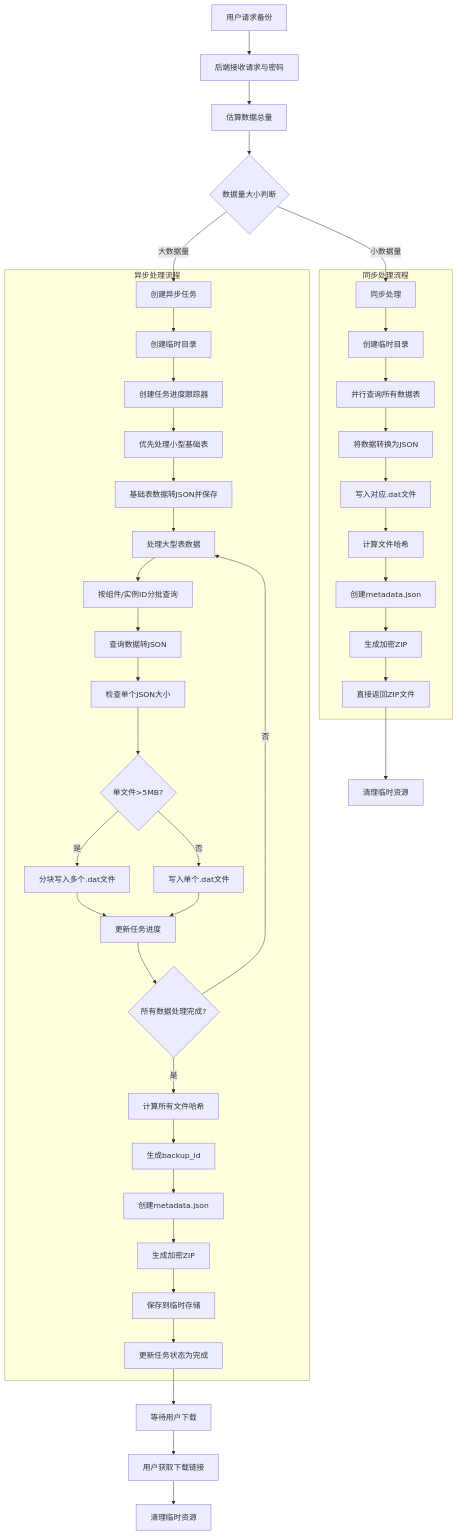
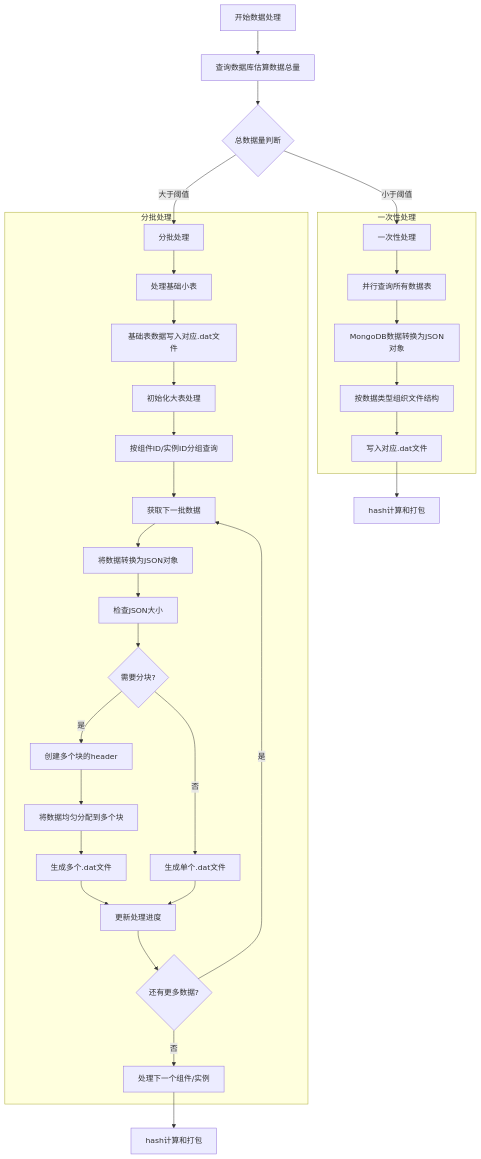
Before and after one commit to yingjianzh/iodraw-files: the diagram in all/未命名-61.md, drawn with Mermaid.

Commit message:
2025-05-15 17:17:40 update

````diff
--- a/all/未命名-61.md
+++ b/all/未命名-61.md
@@ -1,55 +1,43 @@
 ```mermaid
 flowchart TD
-    A[用户请求备份] --> B[后端接收请求与密码]
-    B --> C[估算数据总量]
-    C --> D{数据量大小判断}
+    A[开始数据处理] --> B[查询数据库估算数据总量]
+    B --> C{总数据量判断}
     
-    D -->|小数据量| E[同步处理]
-    D -->|大数据量| F[创建异步任务]
+    C -->|小于阈值| D[一次性处理]
+    C -->|大于阈值| E[分批处理]
     
-    subgraph 同步处理流程
-        E --> G1[创建临时目录]
-        G1 --> H1[并行查询所有数据表]
-        H1 --> I1[将数据转换为JSON]
-        I1 --> J1[写入对应.dat文件]
-        J1 --> K1[计算文件哈希]
-        K1 --> L1[创建metadata.json]
-        L1 --> M1[生成加密ZIP]
-        M1 --> N1[直接返回ZIP文件]
+    subgraph 一次性处理
+        D --> F1[并行查询所有数据表]
+        F1 --> G1[MongoDB数据转换为JSON对象]
+        G1 --> H1[按数据类型组织文件结构]
+        H1 --> I1[写入对应.dat文件]
     end
     
-    subgraph 异步处理流程
-        F --> G2[创建临时目录]
-        G2 --> H2[创建任务进度跟踪器]
-        H2 --> I2[优先处理小型基础表]
+    subgraph 分批处理
+        E --> F2[处理基础小表]
+        F2 --> G2[基础表数据写入对应.dat文件]
         
-        I2 --> J2[基础表数据转JSON并保存]
+        G2 --> H2[初始化大表处理]
+        H2 --> I2[按组件ID/实例ID分组查询]
+        I2 --> J2[获取下一批数据]
+        J2 --> K2[将数据转换为JSON对象]
+        K2 --> L2[检查JSON大小]
         
-        J2 --> K2[处理大型表数据]
-        K2 --> L2[按组件/实例ID分批查询]
-        L2 --> M2[查询数据转JSON]
-        M2 --> N2[检查单个JSON大小]
+        L2 --> M2{需要分块?}
+        M2 -->|是| N2[创建多个块的header]
+        N2 --> O2[将数据均匀分配到多个块]
+        O2 --> P2[生成多个.dat文件]
         
-        N2 --> O2{单文件>5MB?}
-        O2 -->|是| P2[分块写入多个.dat文件]
-        O2 -->|否| Q2[写入单个.dat文件]
+        M2 -->|否| Q2[生成单个.dat文件]
         
-        P2 --> R2[更新任务进度]
+        P2 --> R2[更新处理进度]
         Q2 --> R2
         
-        R2 --> S2{所有数据处理完成?}
-        S2 -->|否| K2
-        S2 -->|是| T2[计算所有文件哈希]
-        
-        T2 --> U2[生成backup_id]
-        U2 --> V2[创建metadata.json]
-        V2 --> W2[生成加密ZIP]
-        W2 --> X2[保存到临时存储]
-        X2 --> Y2[更新任务状态为完成]
+        R2 --> S2{还有更多数据?}
+        S2 -->|是| J2
+        S2 -->|否| T2[处理下一个组件/实例]
     end
     
-    N1 --> Z1[清理临时资源]
-    Y2 --> Z2[等待用户下载]
-    Z2 --> AA[用户获取下载链接]
-    AA --> AB[清理临时资源]
+    I1 --> U1[hash计算和打包]
+    T2 --> U2[hash计算和打包]
 ```
````
